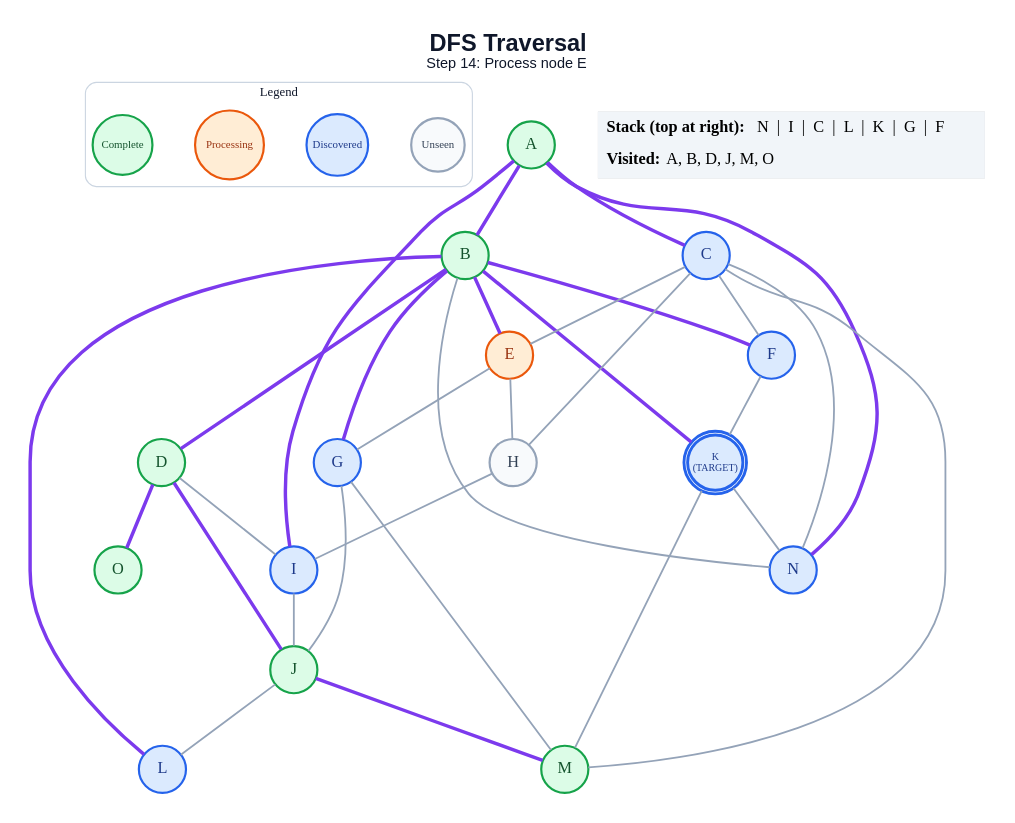
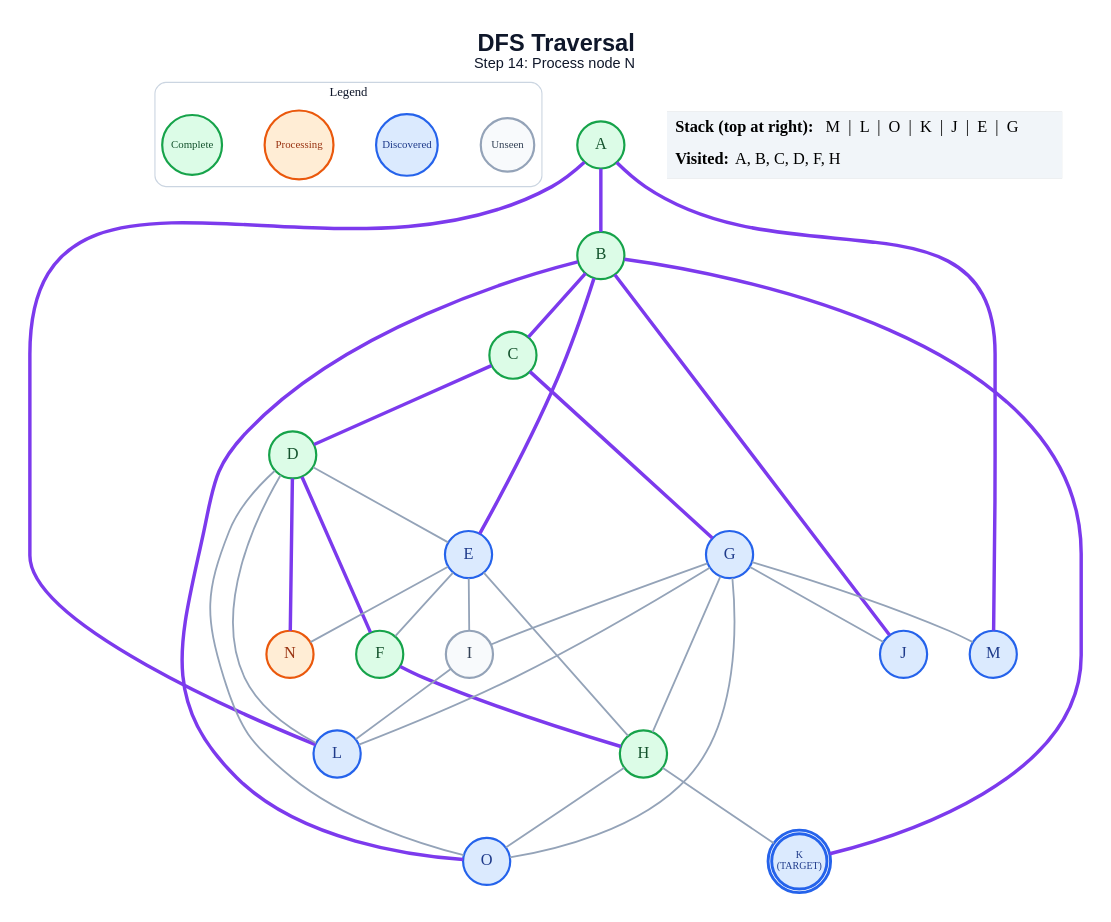
Before and after one commit to anon7238593-create/ai-slop: the diagram in generated/specific-node/dfs/step_14.dot, drawn with Graphviz. The commit also changed 229 other files, not shown here.

```diff
--- a/generated/specific-node/dfs/step_14.dot
+++ b/generated/specific-node/dfs/step_14.dot
@@ -1,64 +1,63 @@
 graph traversal {
   graph [layout=dot, rankdir=TB, bgcolor="#FFFFFF", pad="0.35", nodesep="0.65", ranksep="0.8", fontname="Arial"];
   node [shape=circle, style="filled", fontname="Arial Bold", fontsize=18, width=0.72, fixedsize=true, penwidth=2.4];
   edge [color="#94A3B8", penwidth=2.0];
-  label=<<B>DFS Traversal</B><BR/><FONT POINT-SIZE="16">Step 14: Process node E</FONT>>; labelloc="t"; fontsize=26; fontname="Arial"; fontcolor="#0F172A";
+  label=<<B>DFS Traversal</B><BR/><FONT POINT-SIZE="16">Step 14: Process node N</FONT>>; labelloc="t"; fontsize=26; fontname="Arial"; fontcolor="#0F172A";
   subgraph cluster_legend { label="Legend"; color="#CBD5E1"; penwidth=1.2; style="rounded"; fontsize=14; fontname="Arial Bold";
     key_unseen [label="Unseen", fillcolor="#F8FAFC", color="#94A3B8", fontcolor="#334155", fontsize=12, width=0.82];
     key_frontier [label="Discovered", fillcolor="#DBEAFE", color="#2563EB", fontcolor="#1E3A8A", fontsize=12, width=0.95];
     key_current [label="Processing", fillcolor="#FFEDD5", color="#EA580C", fontcolor="#9A3412", fontsize=12, width=1.05];
     key_done [label="Complete", fillcolor="#DCFCE7", color="#16A34A", fontcolor="#14532D", fontsize=12, width=0.92];
     { rank=same; key_unseen; key_frontier; key_current; key_done; }
   }
   A [label="A", fillcolor="#DCFCE7", color="#16A34A", fontcolor="#14532D", peripheries=1, penwidth=2.4];
   B [label="B", fillcolor="#DCFCE7", color="#16A34A", fontcolor="#14532D", peripheries=1, penwidth=2.4];
-  C [label="C", fillcolor="#DBEAFE", color="#2563EB", fontcolor="#1E3A8A", peripheries=1, penwidth=2.4];
+  C [label="C", fillcolor="#DCFCE7", color="#16A34A", fontcolor="#14532D", peripheries=1, penwidth=2.4];
   D [label="D", fillcolor="#DCFCE7", color="#16A34A", fontcolor="#14532D", peripheries=1, penwidth=2.4];
-  E [label="E", fillcolor="#FFEDD5", color="#EA580C", fontcolor="#9A3412", peripheries=1, penwidth=2.4];
-  F [label="F", fillcolor="#DBEAFE", color="#2563EB", fontcolor="#1E3A8A", peripheries=1, penwidth=2.4];
+  E [label="E", fillcolor="#DBEAFE", color="#2563EB", fontcolor="#1E3A8A", peripheries=1, penwidth=2.4];
+  F [label="F", fillcolor="#DCFCE7", color="#16A34A", fontcolor="#14532D", peripheries=1, penwidth=2.4];
   G [label="G", fillcolor="#DBEAFE", color="#2563EB", fontcolor="#1E3A8A", peripheries=1, penwidth=2.4];
-  H [label="H", fillcolor="#F8FAFC", color="#94A3B8", fontcolor="#334155", peripheries=1, penwidth=2.4];
-  I [label="I", fillcolor="#DBEAFE", color="#2563EB", fontcolor="#1E3A8A", peripheries=1, penwidth=2.4];
-  J [label="J", fillcolor="#DCFCE7", color="#16A34A", fontcolor="#14532D", peripheries=1, penwidth=2.4];
+  H [label="H", fillcolor="#DCFCE7", color="#16A34A", fontcolor="#14532D", peripheries=1, penwidth=2.4];
+  I [label="I", fillcolor="#F8FAFC", color="#94A3B8", fontcolor="#334155", peripheries=1, penwidth=2.4];
+  J [label="J", fillcolor="#DBEAFE", color="#2563EB", fontcolor="#1E3A8A", peripheries=1, penwidth=2.4];
   K [label="K\n(TARGET)", fillcolor="#DBEAFE", color="#2563EB", fontcolor="#1E3A8A", peripheries=2, penwidth=3.2, fontsize=11, width=0.85, height=0.85];
   L [label="L", fillcolor="#DBEAFE", color="#2563EB", fontcolor="#1E3A8A", peripheries=1, penwidth=2.4];
-  M [label="M", fillcolor="#DCFCE7", color="#16A34A", fontcolor="#14532D", peripheries=1, penwidth=2.4];
-  N [label="N", fillcolor="#DBEAFE", color="#2563EB", fontcolor="#1E3A8A", peripheries=1, penwidth=2.4];
-  O [label="O", fillcolor="#DCFCE7", color="#16A34A", fontcolor="#14532D", peripheries=1, penwidth=2.4];
+  M [label="M", fillcolor="#DBEAFE", color="#2563EB", fontcolor="#1E3A8A", peripheries=1, penwidth=2.4];
+  N [label="N", fillcolor="#FFEDD5", color="#EA580C", fontcolor="#9A3412", peripheries=1, penwidth=2.4];
+  O [label="O", fillcolor="#DBEAFE", color="#2563EB", fontcolor="#1E3A8A", peripheries=1, penwidth=2.4];
   A -- B [color="#7C3AED", penwidth=3.8];
-  A -- C [color="#7C3AED", penwidth=3.8];
-  A -- I [color="#7C3AED", penwidth=3.8];
-  A -- N [color="#7C3AED", penwidth=3.8];
-  B -- D [color="#7C3AED", penwidth=3.8];
+  A -- L [color="#7C3AED", penwidth=3.8];
+  A -- M [color="#7C3AED", penwidth=3.8];
+  B -- C [color="#7C3AED", penwidth=3.8];
   B -- E [color="#7C3AED", penwidth=3.8];
-  B -- F [color="#7C3AED", penwidth=3.8];
-  B -- G [color="#7C3AED", penwidth=3.8];
+  B -- J [color="#7C3AED", penwidth=3.8];
   B -- K [color="#7C3AED", penwidth=3.8];
-  B -- L [color="#7C3AED", penwidth=3.8];
-  B -- N;
-  C -- E;
-  C -- F;
-  C -- H;
-  C -- M;
-  C -- N;
-  D -- I;
-  D -- J [color="#7C3AED", penwidth=3.8];
-  D -- O [color="#7C3AED", penwidth=3.8];
-  E -- G;
+  B -- O [color="#7C3AED", penwidth=3.8];
+  C -- D [color="#7C3AED", penwidth=3.8];
+  C -- G [color="#7C3AED", penwidth=3.8];
+  D -- E;
+  D -- F [color="#7C3AED", penwidth=3.8];
+  D -- L;
+  D -- N [color="#7C3AED", penwidth=3.8];
+  D -- O;
+  E -- F;
   E -- H;
-  F -- K;
+  E -- I;
+  E -- N;
+  F -- H [color="#7C3AED", penwidth=3.8];
+  G -- H;
+  G -- I;
   G -- J;
+  G -- L;
   G -- M;
-  H -- I;
-  I -- J;
-  J -- L;
-  J -- M [color="#7C3AED", penwidth=3.8];
-  K -- M;
-  K -- N;
+  G -- O;
+  H -- K;
+  H -- O;
+  I -- L;
   status [shape=plain, fixedsize=false, width=0, height=0, margin=0, label=<
     <TABLE BORDER="0" CELLBORDER="0" CELLPADDING="7" BGCOLOR="#F1F5F9">
-      <TR><TD ALIGN="LEFT"><B>Stack (top at right):</B> N  |  I  |  C  |  L  |  K  |  G  |  F</TD></TR>
-      <TR><TD ALIGN="LEFT"><B>Visited:</B> A, B, D, J, M, O</TD></TR>
+      <TR><TD ALIGN="LEFT"><B>Stack (top at right):</B> M  |  L  |  O  |  K  |  J  |  E  |  G</TD></TR>
+      <TR><TD ALIGN="LEFT"><B>Visited:</B> A, B, C, D, F, H</TD></TR>
     </TABLE>
   >];
 }
```
